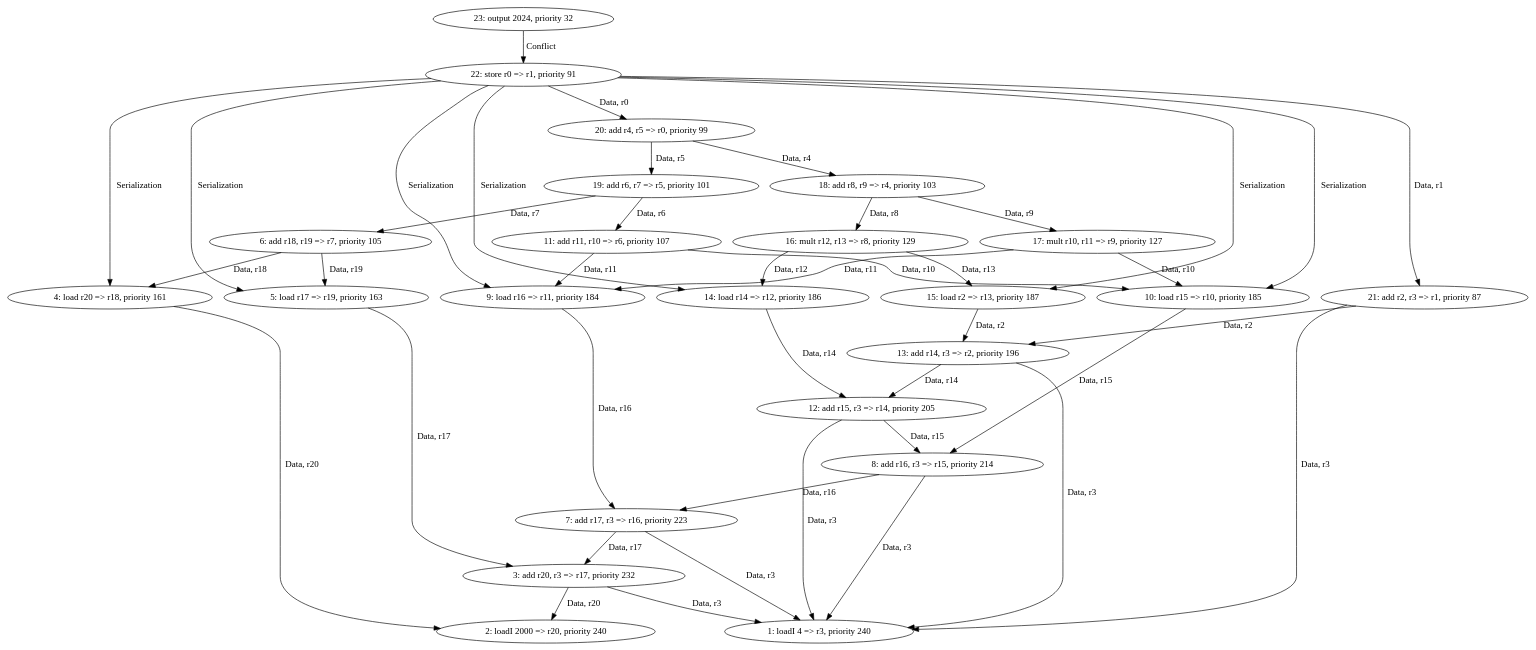
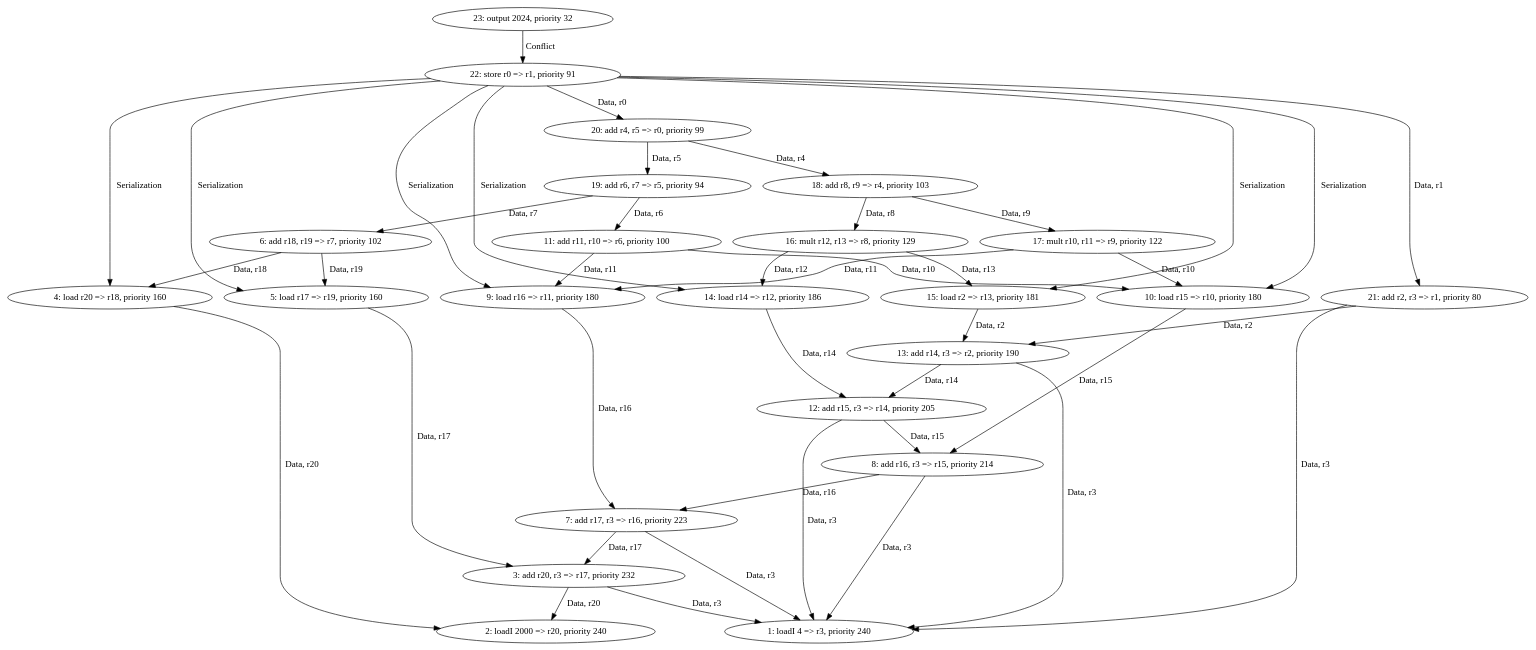
The diagram in dependencegraphpriorities.dot (Byron-Hart/Comp-412-Lab-3), drawn with Graphviz before and after one commit. The commit also changed 2 other files, not shown here.

```diff
--- a/dependencegraphpriorities.dot
+++ b/dependencegraphpriorities.dot
@@ -1,66 +1,66 @@
 digraph DependenceGraph{
 1[label="1: loadI 4 => r3, priority 240"];
 2[label="2: loadI 2000 => r20, priority 240"];
 3[label="3: add r20, r3 => r17, priority 232"];
-4[label="4: load r20 => r18, priority 161"];
-5[label="5: load r17 => r19, priority 163"];
-6[label="6: add r18, r19 => r7, priority 105"];
+4[label="4: load r20 => r18, priority 160"];
+5[label="5: load r17 => r19, priority 160"];
+6[label="6: add r18, r19 => r7, priority 102"];
 7[label="7: add r17, r3 => r16, priority 223"];
 8[label="8: add r16, r3 => r15, priority 214"];
-9[label="9: load r16 => r11, priority 184"];
-10[label="10: load r15 => r10, priority 185"];
-11[label="11: add r11, r10 => r6, priority 107"];
+9[label="9: load r16 => r11, priority 180"];
+10[label="10: load r15 => r10, priority 180"];
+11[label="11: add r11, r10 => r6, priority 100"];
 12[label="12: add r15, r3 => r14, priority 205"];
-13[label="13: add r14, r3 => r2, priority 196"];
+13[label="13: add r14, r3 => r2, priority 190"];
 14[label="14: load r14 => r12, priority 186"];
-15[label="15: load r2 => r13, priority 187"];
+15[label="15: load r2 => r13, priority 181"];
 16[label="16: mult r12, r13 => r8, priority 129"];
-17[label="17: mult r10, r11 => r9, priority 127"];
+17[label="17: mult r10, r11 => r9, priority 122"];
 18[label="18: add r8, r9 => r4, priority 103"];
-19[label="19: add r6, r7 => r5, priority 101"];
+19[label="19: add r6, r7 => r5, priority 94"];
 20[label="20: add r4, r5 => r0, priority 99"];
-21[label="21: add r2, r3 => r1, priority 87"];
+21[label="21: add r2, r3 => r1, priority 80"];
 22[label="22: store r0 => r1, priority 91"];
 23[label="23: output 2024, priority 32"];
 3 -> 2[label="Data, r20"];
 3 -> 1[label="Data, r3"];
 4 -> 2[label="Data, r20"];
 5 -> 3[label="Data, r17"];
 6 -> 4[label="Data, r18"];
 6 -> 5[label="Data, r19"];
 7 -> 3[label="Data, r17"];
 7 -> 1[label="Data, r3"];
 8 -> 7[label="Data, r16"];
 8 -> 1[label="Data, r3"];
 9 -> 7[label="Data, r16"];
 10 -> 8[label="Data, r15"];
 11 -> 9[label="Data, r11"];
 11 -> 10[label="Data, r10"];
 12 -> 8[label="Data, r15"];
 12 -> 1[label="Data, r3"];
 13 -> 12[label="Data, r14"];
 13 -> 1[label="Data, r3"];
 14 -> 12[label="Data, r14"];
 15 -> 13[label="Data, r2"];
 16 -> 14[label="Data, r12"];
 16 -> 15[label="Data, r13"];
 17 -> 10[label="Data, r10"];
 17 -> 9[label="Data, r11"];
 18 -> 16[label="Data, r8"];
 18 -> 17[label="Data, r9"];
 19 -> 11[label="Data, r6"];
 19 -> 6[label="Data, r7"];
 20 -> 18[label="Data, r4"];
 20 -> 19[label="Data, r5"];
 21 -> 13[label="Data, r2"];
 21 -> 1[label="Data, r3"];
 22 -> 20[label="Data, r0"];
 22 -> 21[label="Data, r1"];
 22 -> 4[label="Serialization"];
 22 -> 5[label="Serialization"];
 22 -> 9[label="Serialization"];
 22 -> 10[label="Serialization"];
 22 -> 14[label="Serialization"];
 22 -> 15[label="Serialization"];
 23 -> 22[label="Conflict"];
 }
```
